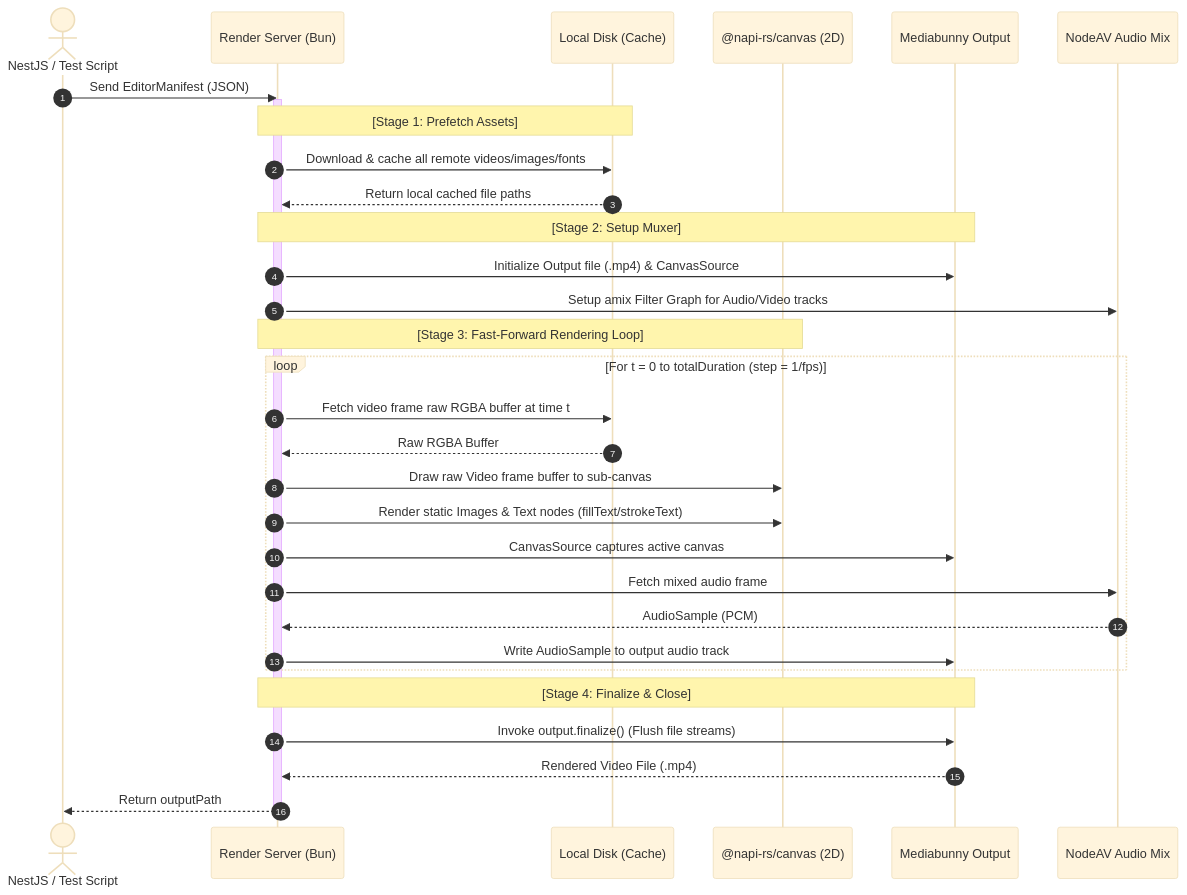
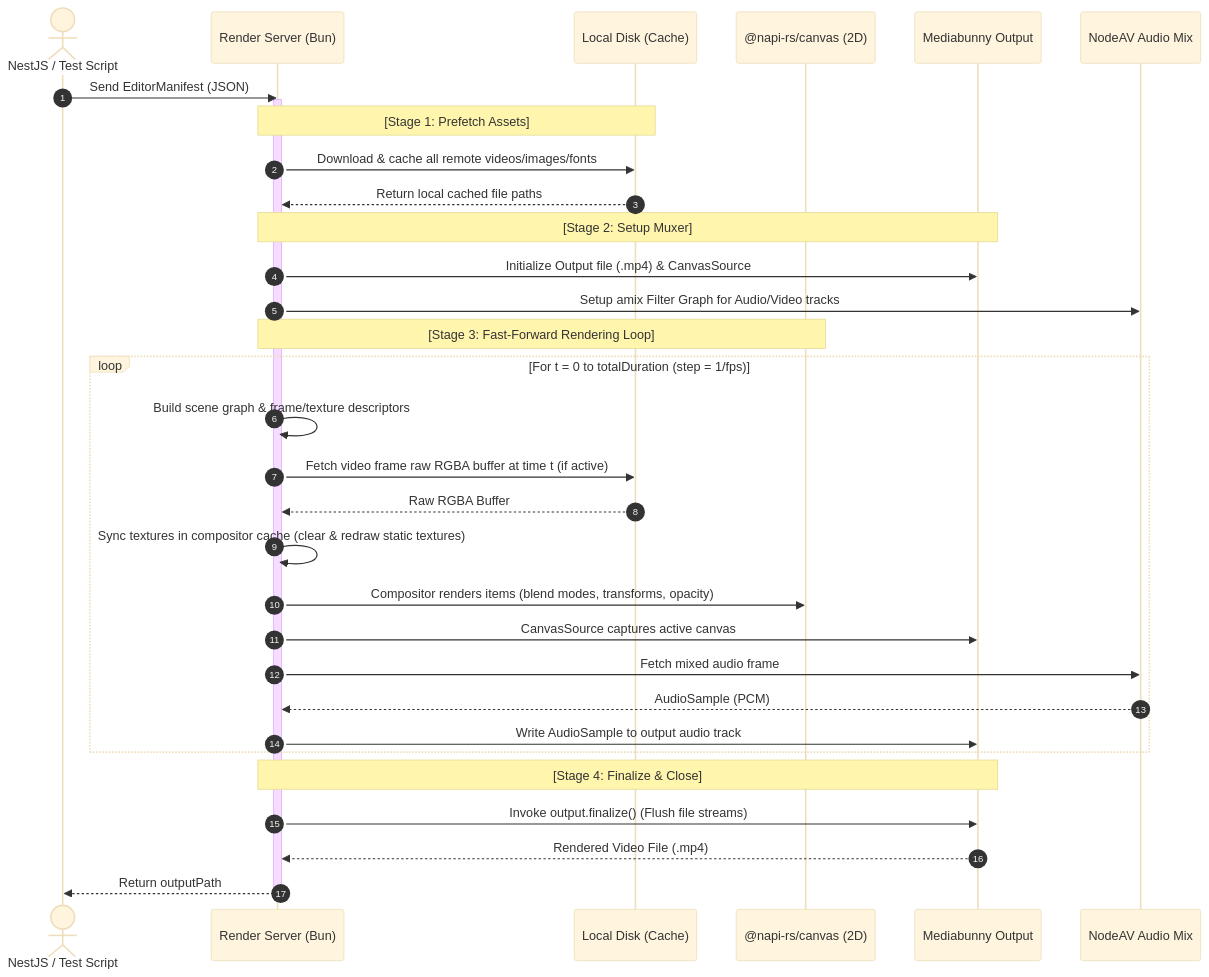
The fourth of 4 diagrams in docs/render_architecture_plan.md (2noScript/media-render), drawn with Mermaid (base theme) before and after one commit. The commit also changed other lines of this file and 1 other file, not shown here.

Commit message:
docs: update rendering architecture documentation to reflect move to recursive scene graph building and SkiaCompositor integration

````diff
--- a/docs/render_architecture_plan.md
+++ b/docs/render_architecture_plan.md
@@ -142,41 +141,42 @@
 ```mermaid
 sequenceDiagram
     autonumber
     actor Client as NestJS / Test Script
     participant Server as Render Server (Bun)
     participant Disk as Local Disk (Cache)
     participant Canvas as @napi-rs/canvas (2D)
     participant MB as Mediabunny Output
     participant NodeAV as NodeAV Audio Mix
 
     Client->>Server: Send EditorManifest (JSON)
     activate Server
     
     Note over Server,Disk: [Stage 1: Prefetch Assets]
     Server->>Disk: Download & cache all remote videos/images/fonts
     Disk-->>Server: Return local cached file paths
     
     Note over Server,MB: [Stage 2: Setup Muxer]
     Server->>MB: Initialize Output file (.mp4) & CanvasSource
     Server->>NodeAV: Setup amix Filter Graph for Audio/Video tracks
     
     Note over Server,Canvas: [Stage 3: Fast-Forward Rendering Loop]
     loop For t = 0 to totalDuration (step = 1/fps)
-        Server->>Disk: Fetch video frame raw RGBA buffer at time t
+        Server->>Server: Build scene graph & frame/texture descriptors
+        Server->>Disk: Fetch video frame raw RGBA buffer at time t (if active)
         Disk-->>Server: Raw RGBA Buffer
-        Server->>Canvas: Draw raw Video frame buffer to sub-canvas
-        Server->>Canvas: Render static Images & Text nodes (fillText/strokeText)
+        Server->>Server: Sync textures in compositor cache (clear & redraw static textures)
+        Server->>Canvas: Compositor renders items (blend modes, transforms, opacity)
         Server->>MB: CanvasSource captures active canvas
         
         Server->>NodeAV: Fetch mixed audio frame
         NodeAV-->>Server: AudioSample (PCM)
         Server->>MB: Write AudioSample to output audio track
     end
     
     Note over Server,MB: [Stage 4: Finalize & Close]
     Server->>MB: Invoke output.finalize() (Flush file streams)
     MB-->>Server: Rendered Video File (.mp4)
     
     Server-->>Client: Return outputPath
     deactivate Server
 ```
````
